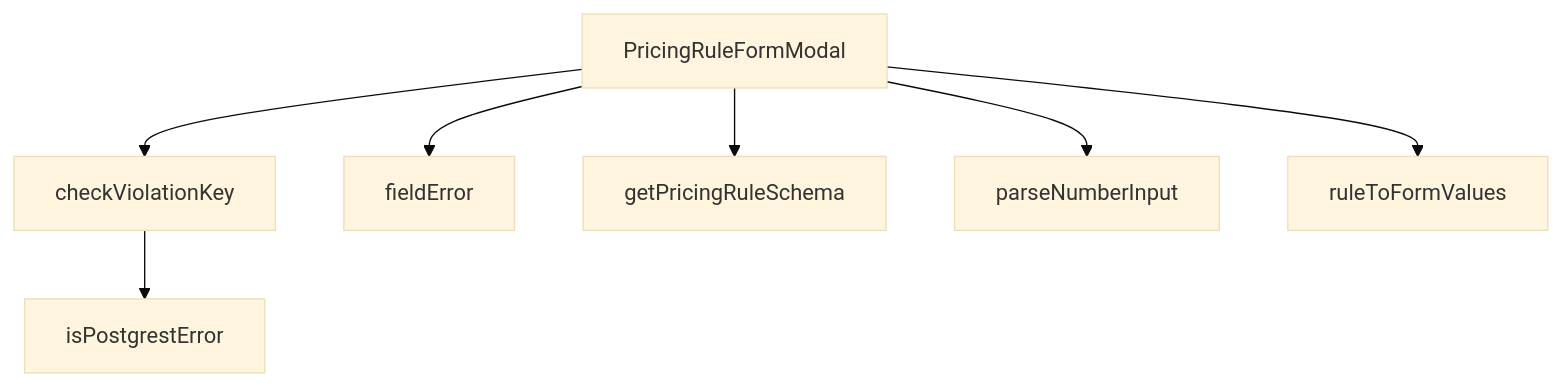
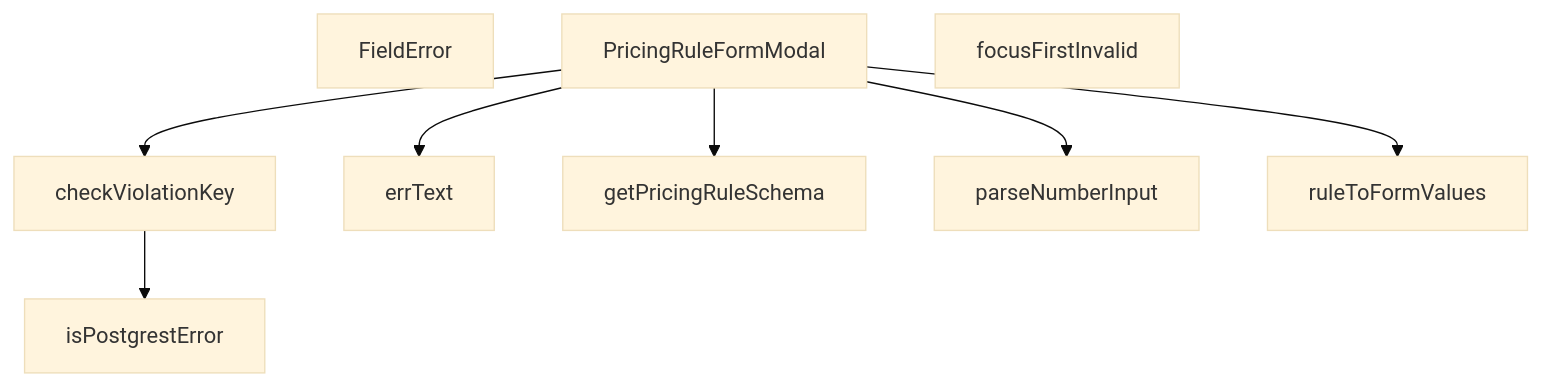
Before and after one commit to peckop/venthub-hvac-esite: the diagram in src/components/admin/pricing/PricingRuleFormModal.md, drawn with Mermaid (base theme). The commit also changed other lines of this file and 11 other files, not shown here.

````diff
--- a/src/components/admin/pricing/PricingRuleFormModal.md
+++ b/src/components/admin/pricing/PricingRuleFormModal.md
@@ -285,16 +298,18 @@
 ```mermaid
 graph TD
+    PricingRuleFormModal_tsx__FieldError["FieldError"]
     PricingRuleFormModal_tsx__PricingRuleFormModal["PricingRuleFormModal"]
     PricingRuleFormModal_tsx__checkViolationKey["checkViolationKey"]
-    PricingRuleFormModal_tsx__fieldError["fieldError"]
+    PricingRuleFormModal_tsx__errText["errText"]
+    PricingRuleFormModal_tsx__focusFirstInvalid["focusFirstInvalid"]
     PricingRuleFormModal_tsx__getPricingRuleSchema["getPricingRuleSchema"]
     PricingRuleFormModal_tsx__isPostgrestError["isPostgrestError"]
     PricingRuleFormModal_tsx__parseNumberInput["parseNumberInput"]
     PricingRuleFormModal_tsx__ruleToFormValues["ruleToFormValues"]
-    PricingRuleFormModal_tsx__PricingRuleFormModal --> PricingRuleFormModal_tsx__checkViolationKey
-    PricingRuleFormModal_tsx__PricingRuleFormModal --> PricingRuleFormModal_tsx__fieldError
-    PricingRuleFormModal_tsx__PricingRuleFormModal --> PricingRuleFormModal_tsx__getPricingRuleSchema
+    PricingRuleFormModal_tsx__PricingRuleFormModal --> PricingRuleFormModal_tsx__ruleToFormValues
     PricingRuleFormModal_tsx__checkViolationKey --> PricingRuleFormModal_tsx__isPostgrestError
     PricingRuleFormModal_tsx__PricingRuleFormModal --> PricingRuleFormModal_tsx__parseNumberInput
-    PricingRuleFormModal_tsx__PricingRuleFormModal --> PricingRuleFormModal_tsx__ruleToFormValues
+    PricingRuleFormModal_tsx__PricingRuleFormModal --> PricingRuleFormModal_tsx__checkViolationKey
+    PricingRuleFormModal_tsx__PricingRuleFormModal --> PricingRuleFormModal_tsx__getPricingRuleSchema
+    PricingRuleFormModal_tsx__PricingRuleFormModal --> PricingRuleFormModal_tsx__errText
 ```
````
